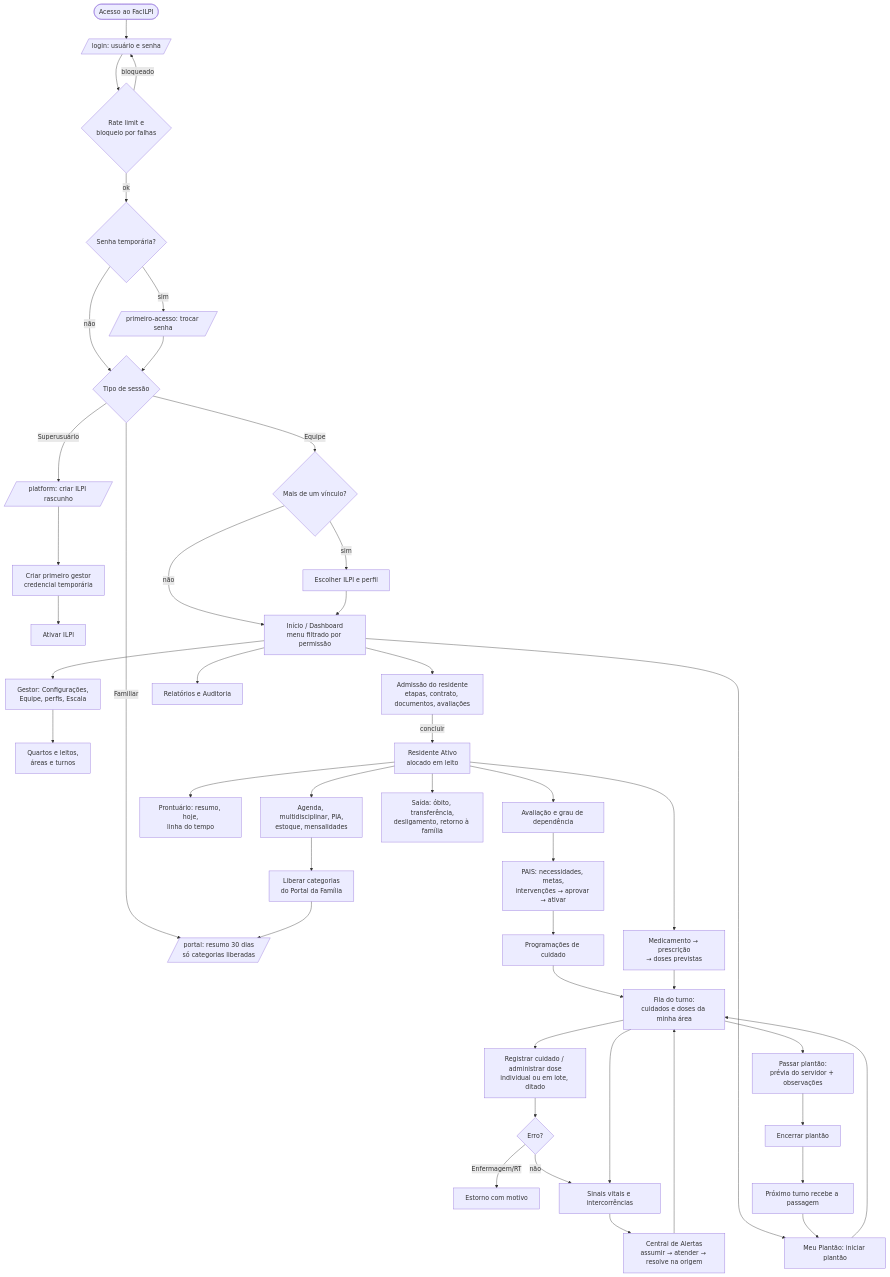
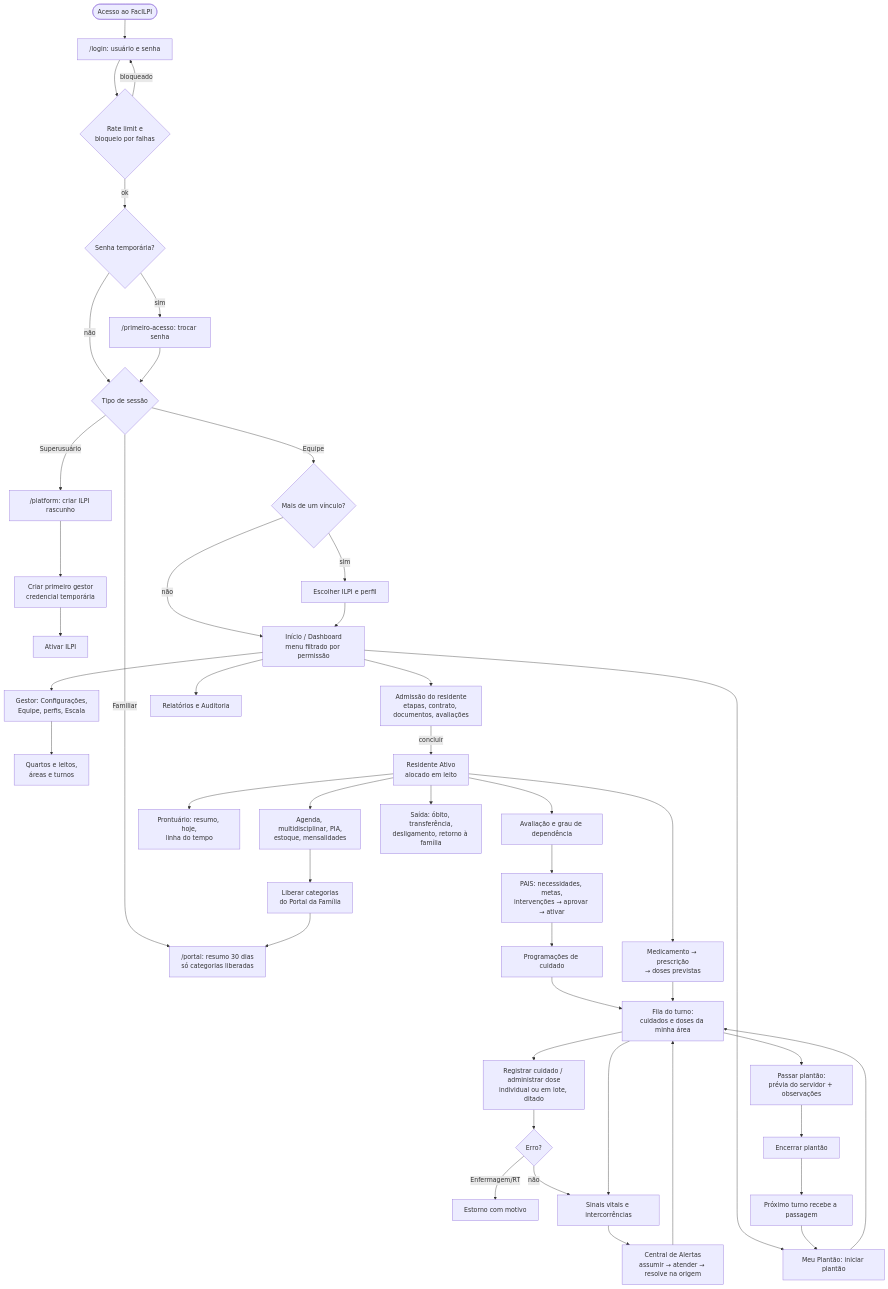
Before and after one commit to jefersoncamilo-dev/FacILPI: the third of 3 diagrams in ESTADO_ATUAL_PROJETO.md, drawn with Mermaid. The commit also changed other lines of this file, not shown here.

Commit message:
docs: aspas nos rótulos dos diagramas Mermaid
Os nós de rota (/login, /primeiro-acesso, /platform, /portal) eram lidos
como paralelogramos. Todos os rótulos de nó e de aresta dos dois
fluxogramas passam a ir entre aspas, e os rótulos das arestas pontilhadas
usam a forma -.->|"texto"|. Corrige também a contagem de telas no
diagrama de arquitetura (31 roteadas).

````diff
--- a/ESTADO_ATUAL_PROJETO.md
+++ b/ESTADO_ATUAL_PROJETO.md
@@ -348,55 +348,55 @@
 ```mermaid
 flowchart TD
-    START([Acesso ao FacILPI]) --> LOGIN[/login: usuário e senha/]
-    LOGIN --> RL{Rate limit e<br/>bloqueio por falhas}
-    RL -->|bloqueado| LOGIN
-    RL -->|ok| PRIM{Senha temporária?}
-    PRIM -->|sim| TROCA[/primeiro-acesso: trocar senha/]
-    PRIM -->|não| TIPO
-    TROCA --> TIPO{Tipo de sessão}
+    START(["Acesso ao FacILPI"]) --> LOGIN["/login: usuário e senha"]
+    LOGIN --> RL{"Rate limit e<br/>bloqueio por falhas"}
+    RL -->|"bloqueado"| LOGIN
+    RL -->|"ok"| PRIM{"Senha temporária?"}
+    PRIM -->|"sim"| TROCA["/primeiro-acesso: trocar senha"]
+    PRIM -->|"não"| TIPO
+    TROCA --> TIPO{"Tipo de sessão"}
 
-    TIPO -->|Superusuário| PLAT[/platform: criar ILPI rascunho/]
-    PLAT --> GESTOR[Criar primeiro gestor<br/>credencial temporária]
-    GESTOR --> ATIVA[Ativar ILPI]
+    TIPO -->|"Superusuário"| PLAT["/platform: criar ILPI rascunho"]
+    PLAT --> GESTOR["Criar primeiro gestor<br/>credencial temporária"]
+    GESTOR --> ATIVA["Ativar ILPI"]
 
-    TIPO -->|Familiar| PORTAL[/portal: resumo 30 dias<br/>só categorias liberadas/]
+    TIPO -->|"Familiar"| PORTAL["/portal: resumo 30 dias<br/>só categorias liberadas"]
 
-    TIPO -->|Equipe| CTXSEL{Mais de um vínculo?}
-    CTXSEL -->|sim| PICK[Escolher ILPI e perfil]
-    CTXSEL -->|não| HOME
-    PICK --> HOME[Início / Dashboard<br/>menu filtrado por permissão]
+    TIPO -->|"Equipe"| CTXSEL{"Mais de um vínculo?"}
+    CTXSEL -->|"sim"| PICK["Escolher ILPI e perfil"]
+    CTXSEL -->|"não"| HOME
+    PICK --> HOME["Início / Dashboard<br/>menu filtrado por permissão"]
 
-    HOME --> CONF[Gestor: Configurações,<br/>Equipe, perfis, Escala]
-    CONF --> ESTR[Quartos e leitos,<br/>áreas e turnos]
+    HOME --> CONF["Gestor: Configurações,<br/>Equipe, perfis, Escala"]
+    CONF --> ESTR["Quartos e leitos,<br/>áreas e turnos"]
 
-    HOME --> ADMS[Admissão do residente<br/>etapas, contrato, documentos, avaliações]
-    ADMS -->|concluir| ATIVO[Residente Ativo<br/>alocado em leito]
-    ATIVO --> AVAL[Avaliação e grau de dependência]
-    AVAL --> PAIS[PAIS: necessidades, metas,<br/>intervenções → aprovar → ativar]
-    PAIS --> PROG[Programações de cuidado]
-    ATIVO --> PRESC[Medicamento → prescrição<br/>→ doses previstas]
+    HOME --> ADMS["Admissão do residente<br/>etapas, contrato, documentos, avaliações"]
+    ADMS -->|"concluir"| ATIVO["Residente Ativo<br/>alocado em leito"]
+    ATIVO --> AVAL["Avaliação e grau de dependência"]
+    AVAL --> PAIS["PAIS: necessidades, metas,<br/>intervenções → aprovar → ativar"]
+    PAIS --> PROG["Programações de cuidado"]
+    ATIVO --> PRESC["Medicamento → prescrição<br/>→ doses previstas"]
 
-    HOME --> PLANT[Meu Plantão: iniciar plantão]
+    HOME --> PLANT["Meu Plantão: iniciar plantão"]
     PROG --> FILA
     PRESC --> FILA
-    PLANT --> FILA[Fila do turno:<br/>cuidados e doses da minha área]
-    FILA --> REG[Registrar cuidado / administrar dose<br/>individual ou em lote, ditado]
-    REG --> CORR{Erro?}
-    CORR -->|Enfermagem/RT| ESTORNO[Estorno com motivo]
-    CORR -->|não| CLIN
-    FILA --> CLIN[Sinais vitais e intercorrências]
-    CLIN --> ALERTAS[Central de Alertas<br/>assumir → atender → resolve na origem]
+    PLANT --> FILA["Fila do turno:<br/>cuidados e doses da minha área"]
+    FILA --> REG["Registrar cuidado / administrar dose<br/>individual ou em lote, ditado"]
+    REG --> CORR{"Erro?"}
+    CORR -->|"Enfermagem/RT"| ESTORNO["Estorno com motivo"]
+    CORR -->|"não"| CLIN
+    FILA --> CLIN["Sinais vitais e intercorrências"]
+    CLIN --> ALERTAS["Central de Alertas<br/>assumir → atender → resolve na origem"]
     ALERTAS --> FILA
-    FILA --> PASSA[Passar plantão:<br/>prévia do servidor + observações]
-    PASSA --> ENCERRA[Encerrar plantão]
-    ENCERRA --> RECEBE[Próximo turno recebe a passagem]
+    FILA --> PASSA["Passar plantão:<br/>prévia do servidor + observações"]
+    PASSA --> ENCERRA["Encerrar plantão"]
+    ENCERRA --> RECEBE["Próximo turno recebe a passagem"]
     RECEBE --> PLANT
 
-    ATIVO --> PRONT[Prontuário: resumo, hoje,<br/>linha do tempo]
-    ATIVO --> COMPL[Agenda, multidisciplinar, PIA,<br/>estoque, mensalidades]
-    ATIVO --> SAIDA[Saída: óbito, transferência,<br/>desligamento, retorno à família]
-    COMPL --> PORTALCFG[Liberar categorias<br/>do Portal da Família]
+    ATIVO --> PRONT["Prontuário: resumo, hoje,<br/>linha do tempo"]
+    ATIVO --> COMPL["Agenda, multidisciplinar, PIA,<br/>estoque, mensalidades"]
+    ATIVO --> SAIDA["Saída: óbito, transferência,<br/>desligamento, retorno à família"]
+    COMPL --> PORTALCFG["Liberar categorias<br/>do Portal da Família"]
     PORTALCFG --> PORTAL
 
-    HOME --> GEST[Relatórios e Auditoria]
+    HOME --> GEST["Relatórios e Auditoria"]
 ```
````
